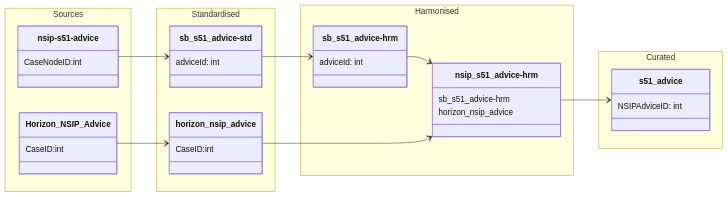
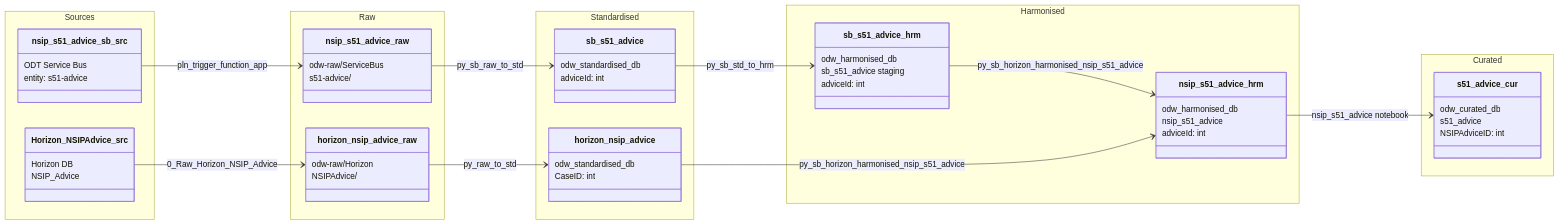
One commit to Planning-Inspectorate/odw-synapse-workspace changed the diagram in data-models/nsip-s51-advice.md. Above: the diagram before and after it, drawn with Mermaid. The commit also changed other lines of this file and 9 other files, not shown here.

````diff
--- a/data-models/nsip-s51-advice.md
+++ b/data-models/nsip-s51-advice.md
@@ -7,61 +7,83 @@
 ```mermaid
 
 classDiagram
 
     direction LR
 
     namespace Sources {
 
-        class Horizon_NSIP_Advice {
-            CaseID:int
+        class nsip_s51_advice_sb_src {
+            ODT Service Bus
+            entity: s51-advice
         }
 
-        class nsip-s51-advice{
-            CaseNodeID:int
+        class Horizon_NSIPAdvice_src {
+            Horizon DB
+            NSIP_Advice
+        }
+    }
+
+    namespace Raw {
+
+        class nsip_s51_advice_raw {
+            odw-raw/ServiceBus
+            s51-advice/
         }
 
+        class horizon_nsip_advice_raw {
+            odw-raw/Horizon
+            NSIPAdvice/
+        }
+    }
 
-    }
-    
     namespace Standardised {
 
-        class horizon_nsip_advice {
-             CaseID:int
-        }
-
-        class sb_s51_advice-std {
+        class sb_s51_advice {
+            odw_standardised_db
             adviceId: int
         }
 
+        class horizon_nsip_advice {
+            odw_standardised_db
+            CaseID: int
+        }
     }
 
     namespace Harmonised {
 
-        class nsip_s51_advice-hrm {
-            sb_s51_advice-hrm 
-            horizon_nsip_advice
+        class sb_s51_advice_hrm {
+            odw_harmonised_db
+            sb_s51_advice staging
+            adviceId: int
         }
 
-        class sb_s51_advice-hrm {
+        class nsip_s51_advice_hrm {
+            odw_harmonised_db
+            nsip_s51_advice
             adviceId: int
         }
-    
     }
 
     namespace Curated {
 
-        class s51_advice {
+        class s51_advice_cur {
+            odw_curated_db
+            s51_advice
             NSIPAdviceID: int
         }
     }
 
+`nsip_s51_advice_sb_src` --> `nsip_s51_advice_raw` : pln_trigger_function_app
+`Horizon_NSIPAdvice_src` --> `horizon_nsip_advice_raw` : 0_Raw_Horizon_NSIP_Advice
 
-`nsip-s51-advice` --> `sb_s51_advice-std`
-`sb_s51_advice-std` --> `sb_s51_advice-hrm`
-`sb_s51_advice-hrm` --> `nsip_s51_advice-hrm`
-`nsip_s51_advice-hrm` --> `s51_advice`
+`nsip_s51_advice_raw` --> `sb_s51_advice` : py_sb_raw_to_std
+`horizon_nsip_advice_raw` --> `horizon_nsip_advice` : py_raw_to_std
 
-`Horizon_NSIP_Advice` --> `horizon_nsip_advice`
-`horizon_nsip_advice` --> `nsip_s51_advice-hrm`
+`sb_s51_advice` --> `sb_s51_advice_hrm` : py_sb_std_to_hrm
+
+`sb_s51_advice_hrm` --> `nsip_s51_advice_hrm` : py_sb_horizon_harmonised_nsip_s51_advice
+`horizon_nsip_advice` --> `nsip_s51_advice_hrm` : py_sb_horizon_harmonised_nsip_s51_advice
+
+`nsip_s51_advice_hrm` --> `s51_advice_cur` : nsip_s51_advice notebook
 
 ```
````
